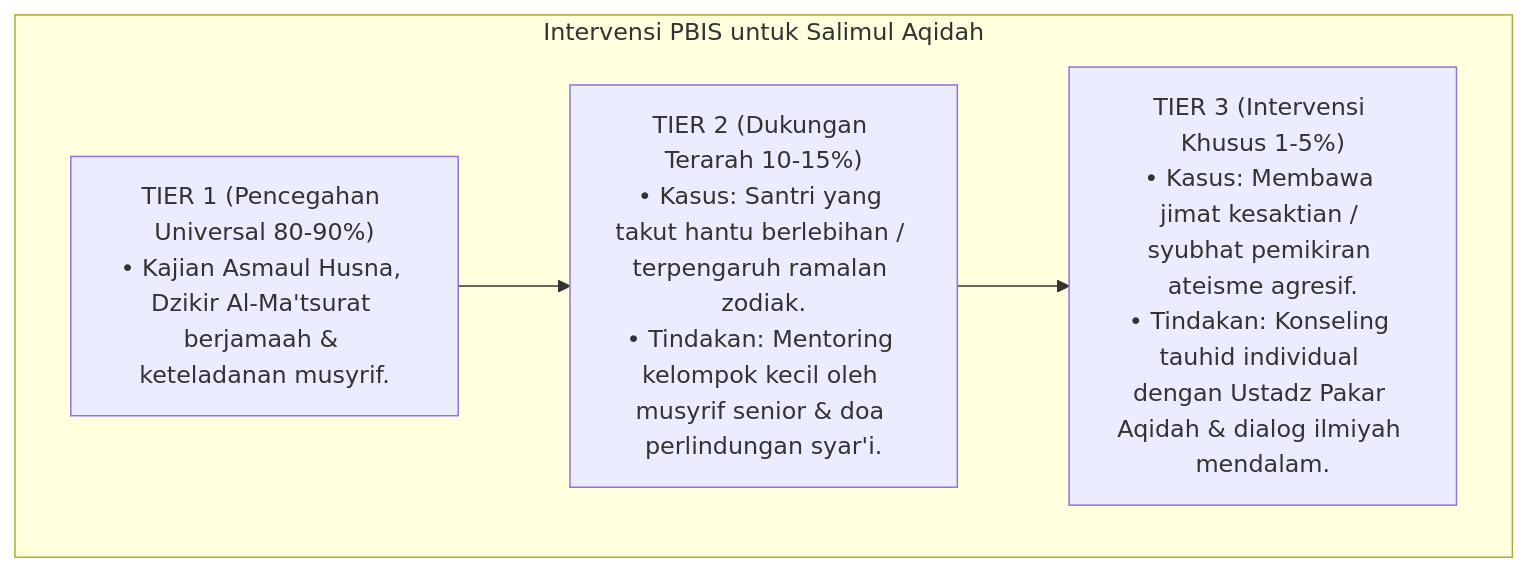
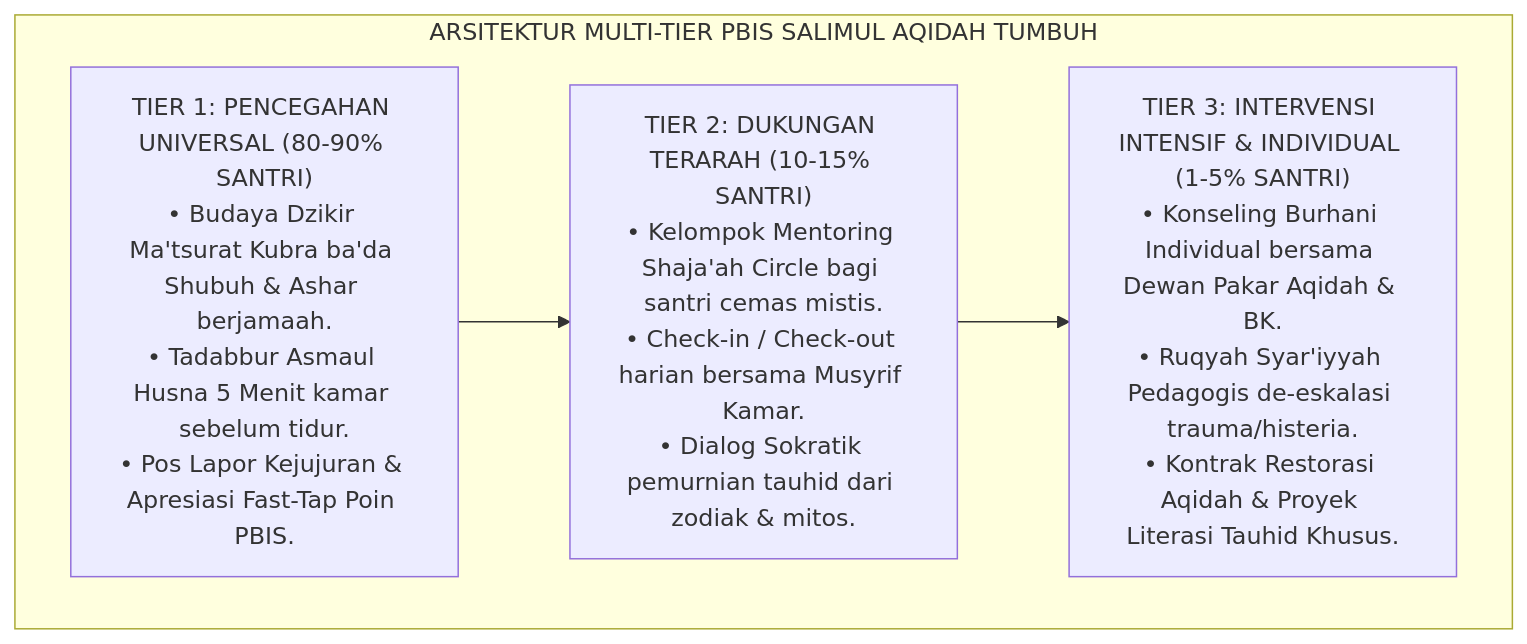
The seventh of 8 diagrams in 03 Capacity Framework/04 Salimul Aqidah/P3-04-10-Protokol-Intervensi-dan-Pembiasaan.md (wandiapriliyandi/tumbuh), drawn with Mermaid before and after one commit. The commit also changed other lines of this file and 7 other files, not shown here.

Commit message:
feat(capacity-framework): complete 14 research monographs and master synthesis for Domain 04 Salimul Aqidah (Status A+)

````diff
--- a/03 Capacity Framework/04 Salimul Aqidah/P3-04-10-Protokol-Intervensi-dan-Pembiasaan.md
+++ b/03 Capacity Framework/04 Salimul Aqidah/P3-04-10-Protokol-Intervensi-dan-Pembiasaan.md
@@ -21,12 +259,13 @@
 ```mermaid
-graph TD
-    subgraph Intervensi_Aqidah_PBIS["Intervensi PBIS untuk Salimul Aqidah"]
-        Tier1["TIER 1 (Pencegahan Universal 80-90%)<br/>• Kajian Asmaul Husna, Dzikir Al-Ma'tsurat berjamaah & keteladanan musyrif."]
+flowchart TD
+    subgraph PiramidaPBISMultiTierAqidah["ARSITEKTUR MULTI-TIER PBIS SALIMUL AQIDAH TUMBUH"]
         
-        Tier2["TIER 2 (Dukungan Terarah 10-15%)<br/>• Kasus: Santri yang takut hantu berlebihan / terpengaruh ramalan zodiak.<br/>• Tindakan: Mentoring kelompok kecil oleh musyrif senior & doa perlindungan syar'i."]
+        Tier1["TIER 1: PENCEGAHAN UNIVERSAL (80-90% SANTRI)<br/>• Budaya Dzikir Ma'tsurat Kubra ba'da Shubuh & Ashar berjamaah.<br/>• Tadabbur Asmaul Husna 5 Menit kamar sebelum tidur.<br/>• Pos Lapor Kejujuran & Apresiasi Fast-Tap Poin PBIS."]
         
-        Tier3["TIER 3 (Intervensi Khusus 1-5%)<br/>• Kasus: Membawa jimat kesaktian / syubhat pemikiran ateisme agresif.<br/>• Tindakan: Konseling tauhid individual dengan Ustadz Pakar Aqidah & dialog ilmiyah mendalam."]
-
+        Tier2["TIER 2: DUKUNGAN TERARAH (10-15% SANTRI)<br/>• Kelompok Mentoring Shaja'ah Circle bagi santri cemas mistis.<br/>• Check-in / Check-out harian bersama Musyrif Kamar.<br/>• Dialog Sokratik pemurnian tauhid dari zodiak & mitos."]
+        
+        Tier3["TIER 3: INTERVENSI INTENSIF & INDIVIDUAL (1-5% SANTRI)<br/>• Konseling Burhani Individual bersama Dewan Pakar Aqidah & BK.<br/>• Ruqyah Syar'iyyah Pedagogis de-eskalasi trauma/histeria.<br/>• Kontrak Restorasi Aqidah & Proyek Literasi Tauhid Khusus."]
+        
         Tier1 --> Tier2 --> Tier3
     end
 ```
````
